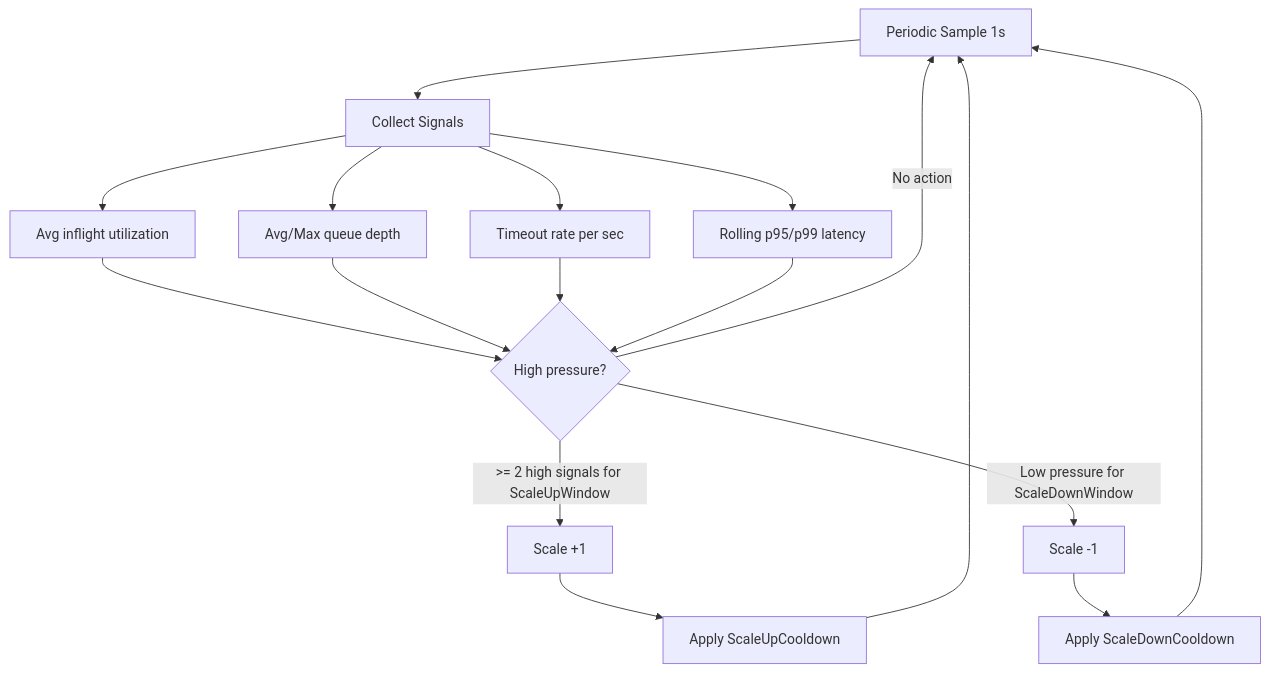
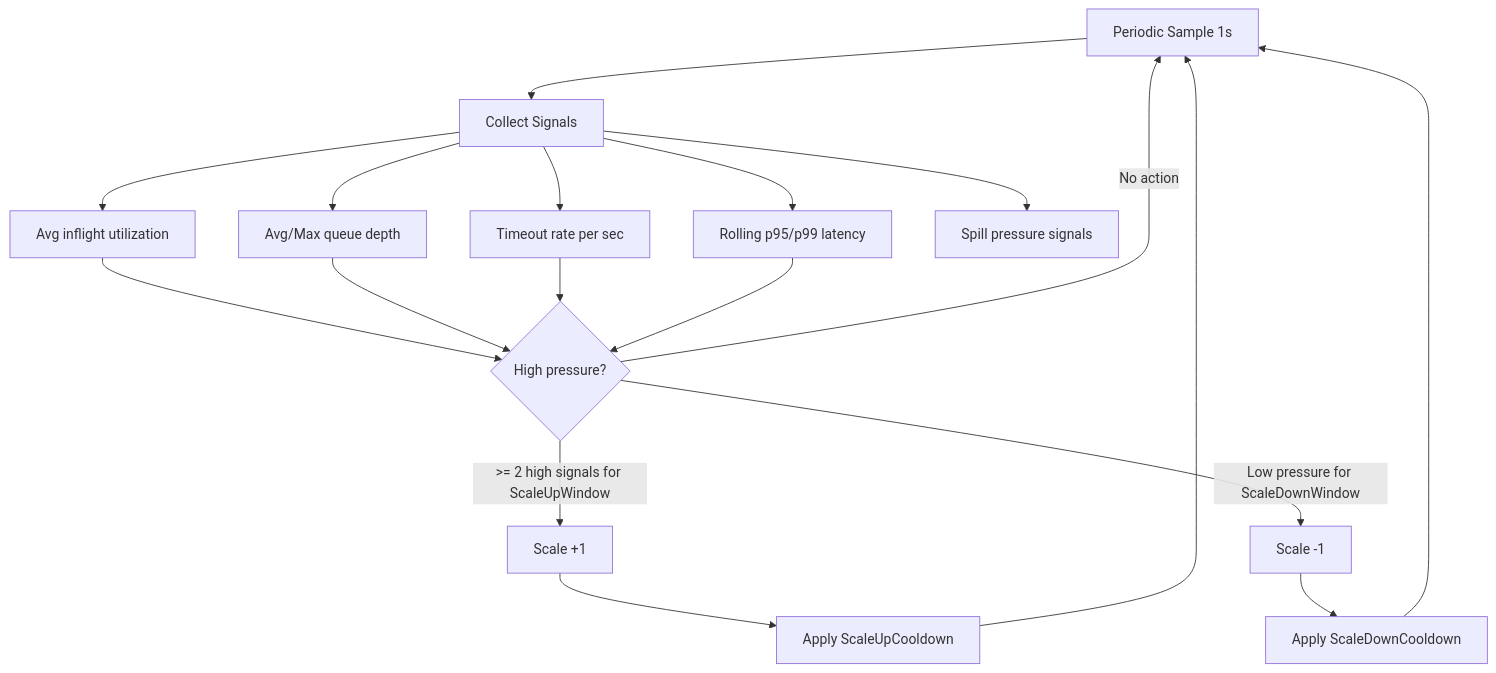
Before and after one commit to haxxornulled/VapeCache: the third of 4 diagrams in docs/ENTERPRISE_MULTIPLEXER_AUTOSCALER.md, drawn with Mermaid. The commit also changed other lines of this file and 37 other files, not shown here.

````diff
--- a/docs/ENTERPRISE_MULTIPLEXER_AUTOSCALER.md
+++ b/docs/ENTERPRISE_MULTIPLEXER_AUTOSCALER.md
@@ -54,19 +54,20 @@
 ```mermaid
 flowchart TD
     T[Periodic Sample 1s] --> S[Collect Signals]
     S --> S1[Avg inflight utilization]
     S --> S2[Avg/Max queue depth]
     S --> S3[Timeout rate per sec]
     S --> S4[Rolling p95/p99 latency]
+    S --> S5[Spill pressure signals]
     S1 --> D{High pressure?}
     S2 --> D
     S3 --> D
     S4 --> D
     D -->|>= 2 high signals for ScaleUpWindow| U[Scale +1]
     D -->|Low pressure for ScaleDownWindow| W[Scale -1]
     U --> C1[Apply ScaleUpCooldown]
     W --> C2[Apply ScaleDownCooldown]
     C1 --> T
     C2 --> T
     D -->|No action| T
 ```
````
